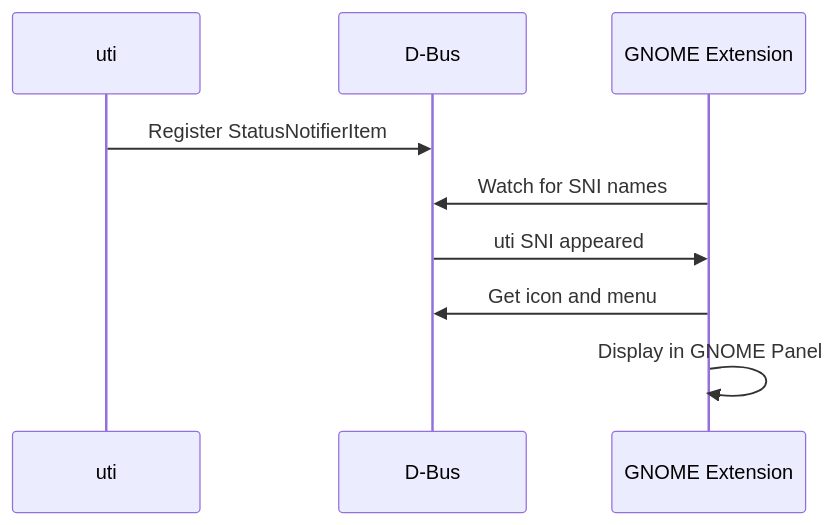
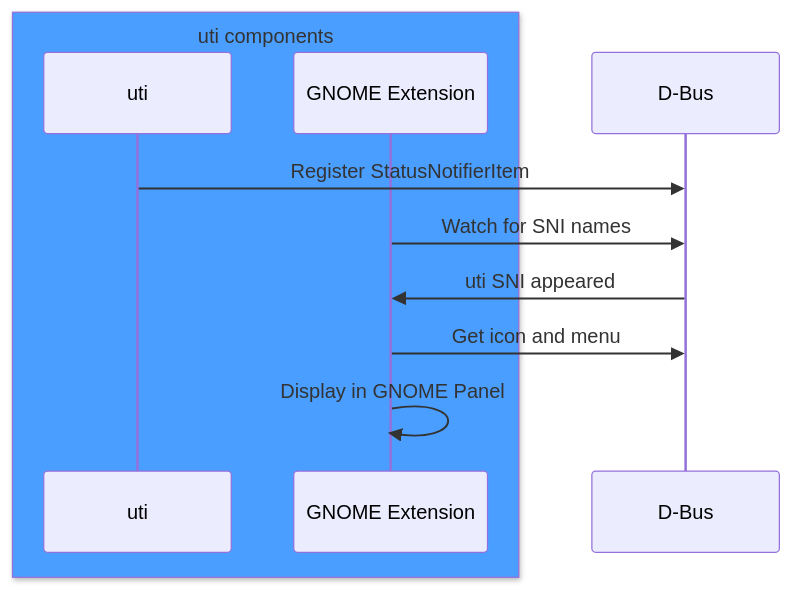
Before and after one commit to noppomario/uti: the third of 4 diagrams in docs/ARCHITECTURE.md, drawn with Mermaid. The commit also changed other lines of this file and 8 other files, not shown here.

````diff
--- a/docs/ARCHITECTURE.md
+++ b/docs/ARCHITECTURE.md
@@ -115,12 +120,14 @@
 ```mermaid
 sequenceDiagram
-    participant App as uti
+    box rgb(74, 158, 255) uti components
+        participant App as uti
+        participant Ext as GNOME Extension
+    end
     participant DBus as D-Bus
-    participant Ext as GNOME Extension
 
     App->>DBus: Register StatusNotifierItem
     Ext->>DBus: Watch for SNI names
     DBus->>Ext: uti SNI appeared
     Ext->>DBus: Get icon and menu
     Ext->>Ext: Display in GNOME Panel
 ```
````
